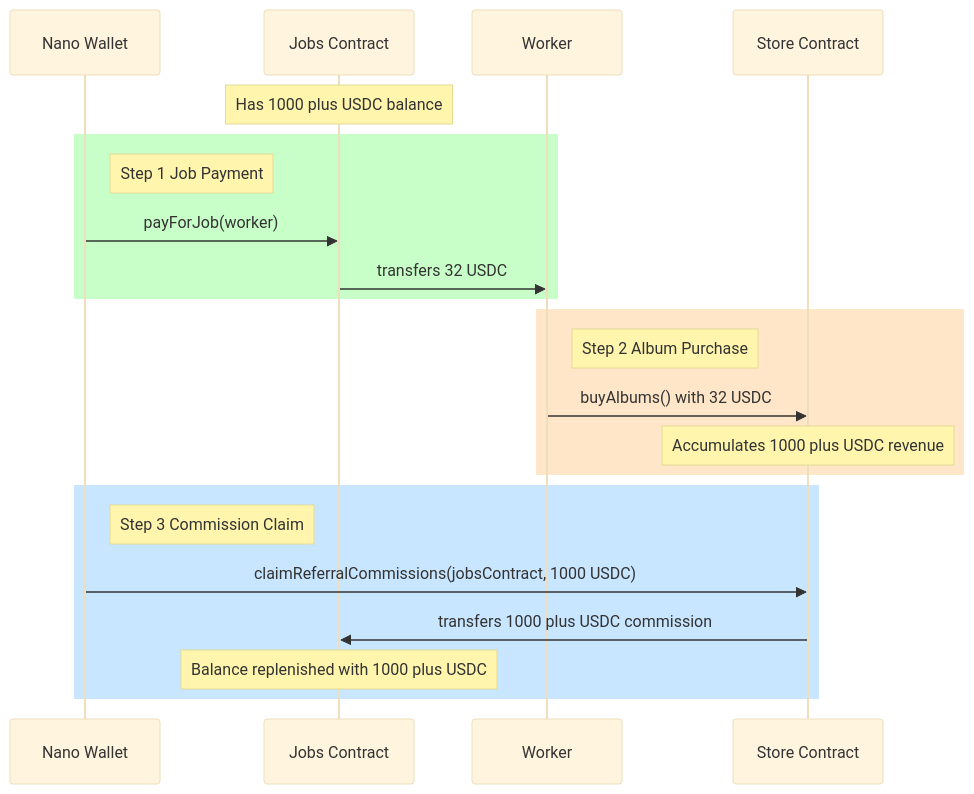
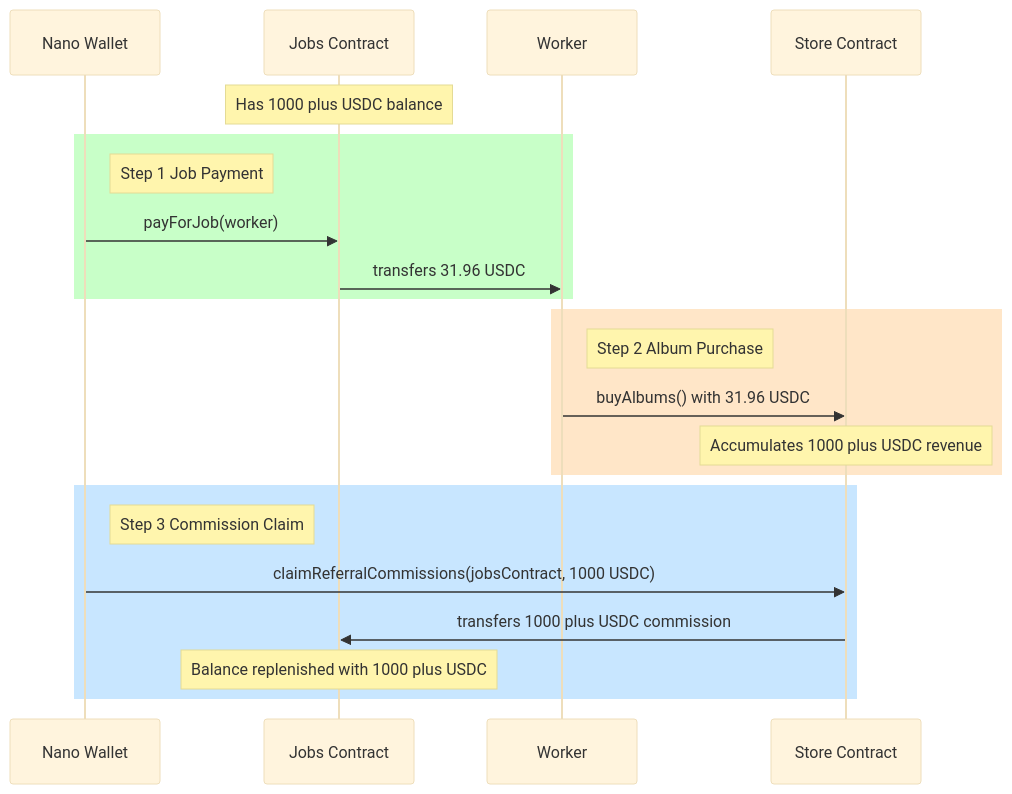
One commit to rowhq/hitmachine changed the second of 2 diagrams in SIMPLE_FLOW.md. Above: the diagram before and after it, drawn with Mermaid (base theme). The commit also changed other lines of this file and 140 other files, not shown here.

````diff
--- a/SIMPLE_FLOW.md
+++ b/SIMPLE_FLOW.md
@@ -46,25 +46,25 @@
 ```mermaid
 sequenceDiagram
     participant N as Nano Wallet
     participant J as Jobs Contract
     participant W as Worker
     participant S as Store Contract
     
     Note over J: Has 1000 plus USDC balance
     rect rgb(200, 255, 200)
         Note right of N: Step 1 Job Payment
         N->>J: payForJob(worker)
-        J->>W: transfers 32 USDC
+        J->>W: transfers 31.96 USDC
     end
     rect rgb(255, 230, 200)
         Note right of W: Step 2 Album Purchase
-        W->>S: buyAlbums() with 32 USDC
+        W->>S: buyAlbums() with 31.96 USDC
         Note over S: Accumulates 1000 plus USDC revenue
     end
     rect rgb(200, 230, 255)
         Note right of N: Step 3 Commission Claim
         N->>S: claimReferralCommissions(jobsContract, 1000 USDC)
         S->>J: transfers 1000 plus USDC commission
         Note over J: Balance replenished with 1000 plus USDC
     end
 ```
````
